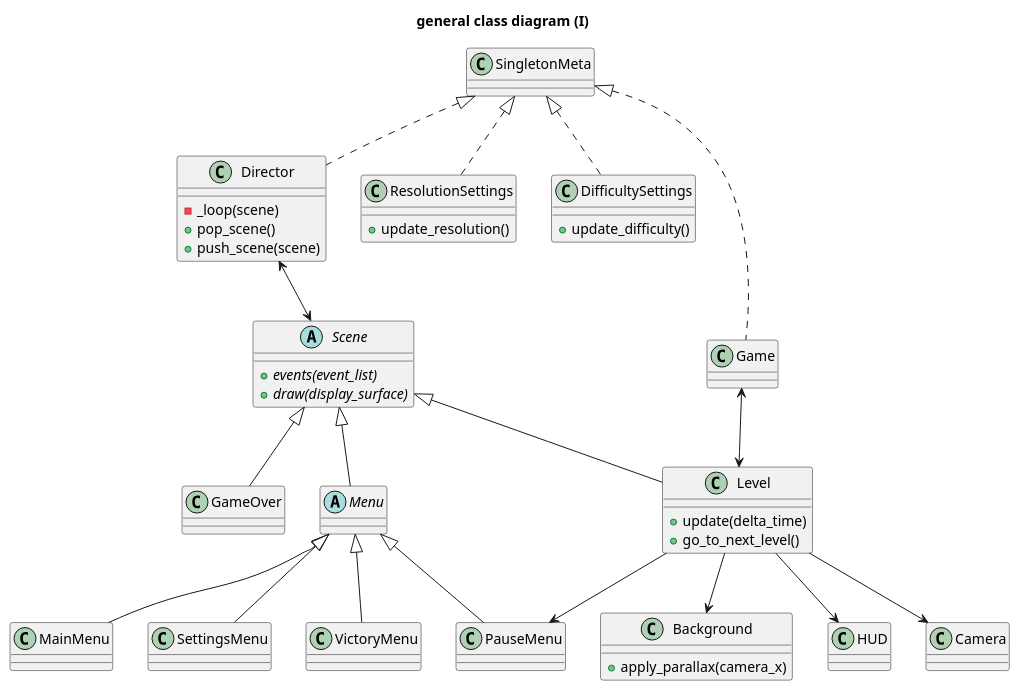
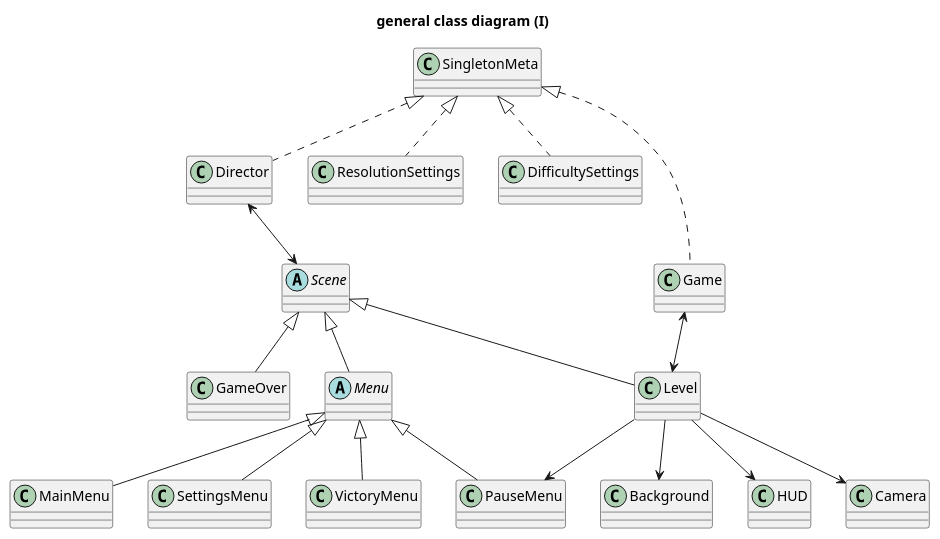
The diagram in docs/diagrams/class/class_diagram_director.pu (Tejon-Company/Tejon-Jumper), drawn with PlantUML before and after one commit. The commit also changed 5 other files, not shown here.

```diff
--- a/docs/diagrams/class/class_diagram_director.pu
+++ b/docs/diagrams/class/class_diagram_director.pu
@@ -1,97 +1,92 @@
 @startuml Class Diagram 1
 
 title general class diagram (I)
 
 class SingletonMeta {
     
 }
 
 class Director {
-    - _loop(scene)
-    + pop_scene()
-    + push_scene(scene)
+
 }
 
 class ResolutionSettings {
-    + update_resolution()
     
 }
 
 class DifficultySettings {
-    + update_difficulty()
+
 }
 
 class Game {
     
 }
 
 abstract class Scene {
-    + events(event_list) {abstract}
-    + draw(display_surface) {abstract}
+
 }
 
 class Level {
-    + update(delta_time)
-    + go_to_next_level()
+
 }
 
 class GameOver {
    
 }
 
 class Camera {
     
 }
 
 class Background {
-    + apply_parallax(camera_x)
+
 }
 
 abstract class Menu {
     
 }
 
 class MainMenu {
     
 }
 
 class PauseMenu {
     
 }
 
 class SettingsMenu {
     
 }
 
 class VictoryMenu {
 
 }
 
 class HUD {
     
 }
 
 SingletonMeta <|.. Director
 SingletonMeta <|.. ResolutionSettings
 SingletonMeta <|.. DifficultySettings
 SingletonMeta <|.. Game
 
 Director <--> Scene
 
 Game <--> Level
 
 Scene <|-down- Level
 Scene <|-- GameOver
 Scene <|-- Menu
 
 Level --> Camera
 Level --> Background
 Level --> HUD
 Level --> PauseMenu
 
 Menu <|-- MainMenu
 Menu <|-- PauseMenu
 Menu <|-- SettingsMenu
 Menu <|-- VictoryMenu
 
 @enduml
```
